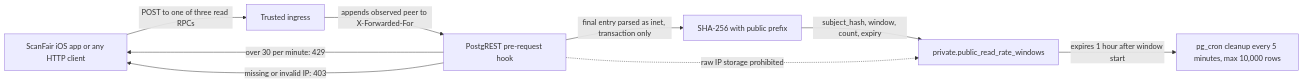
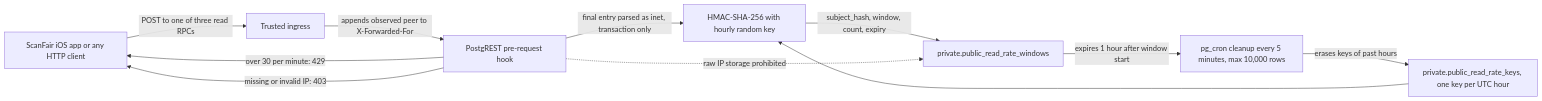
One commit to MustDemir/ESG-Score-App changed the third of 4 diagrams in docs/project/compliance/privacy-data-flow.md. Above: the diagram before and after it, drawn with Mermaid. The commit also changed other lines of this file and 15 other files, not shown here.

````diff
--- a/docs/project/compliance/privacy-data-flow.md
+++ b/docs/project/compliance/privacy-data-flow.md
@@ -67,12 +67,14 @@
 ```mermaid
 flowchart LR
   A["ScanFair iOS app or any HTTP client"] -->|POST to one of three read RPCs| I["Trusted ingress"]
   I -->|appends observed peer to X-Forwarded-For| P["PostgREST pre-request hook"]
-  P -->|final entry parsed as inet, transaction only| H["SHA-256 with public prefix"]
+  P -->|final entry parsed as inet, transaction only| H["HMAC-SHA-256 with hourly random key"]
+  K["private.public_read_rate_keys, one key per UTC hour"] --> H
   H -->|subject_hash, window, count, expiry| T["private.public_read_rate_windows"]
   P -->|over 30 per minute: 429| A
   P -->|missing or invalid IP: 403| A
   T -->|expires 1 hour after window start| C["pg_cron cleanup every 5 minutes, max 10,000 rows"]
+  C -->|erases keys of past hours| K
 
   P -. raw IP storage prohibited .-> T
 ```
````
